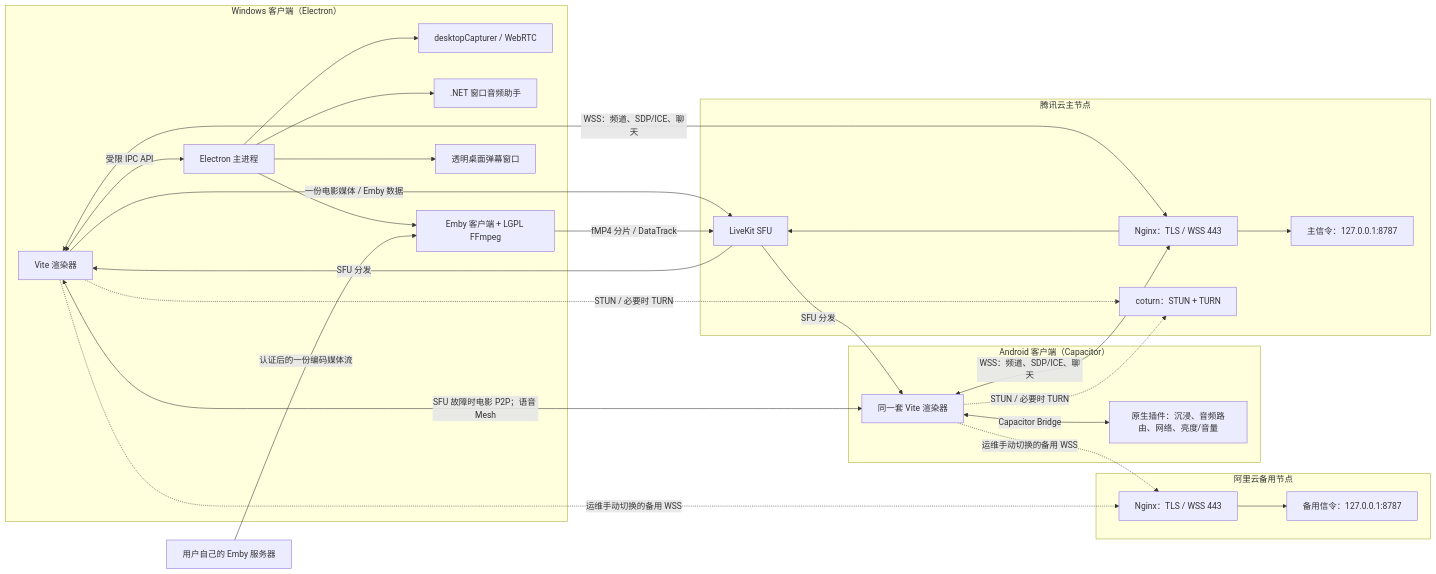
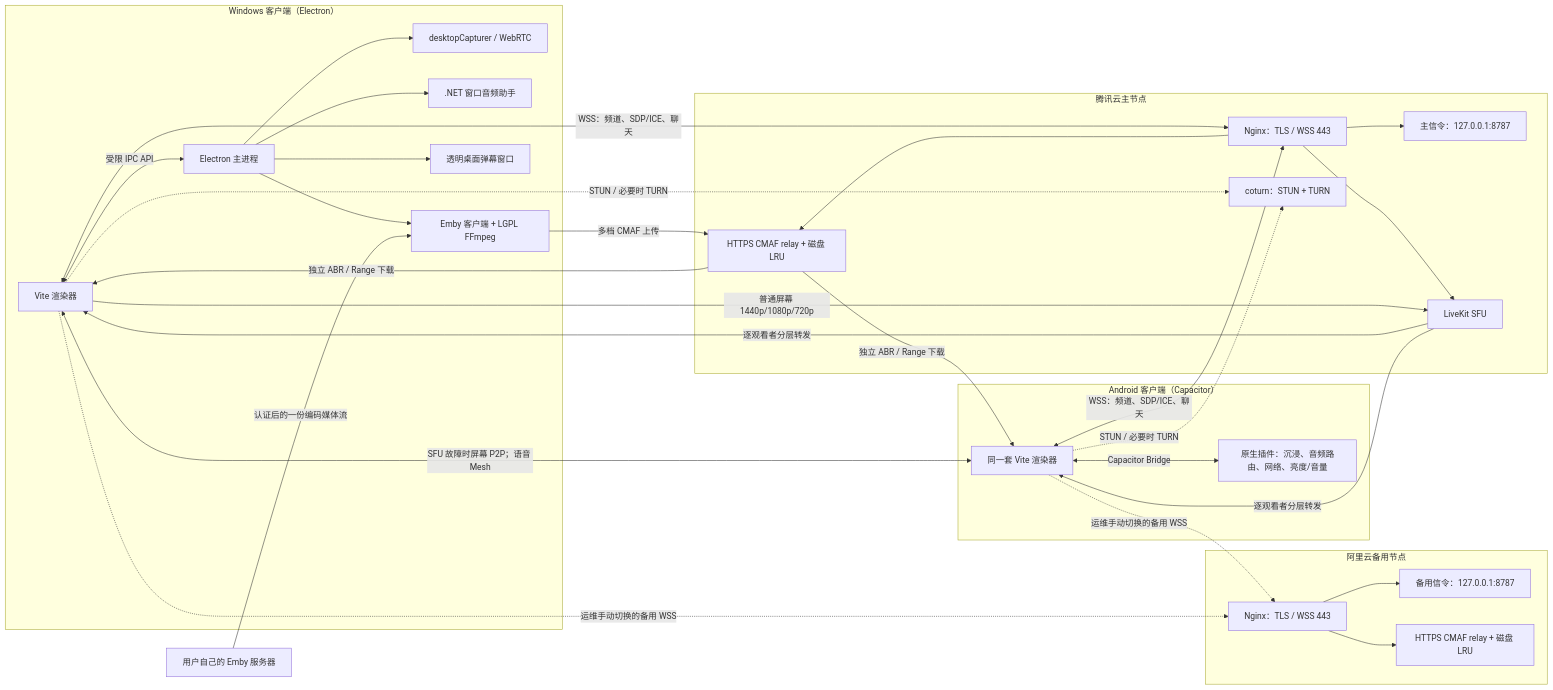
One commit to Foxgh127/Synced changed the diagram in PROJECT_GUIDE.md. Above: the diagram before and after it, drawn with Mermaid. The commit also changed other lines of this file and 49 other files, not shown here.

Commit message:
Implement resilient SFU and CMAF media delivery

````diff
--- a/PROJECT_GUIDE.md
+++ b/PROJECT_GUIDE.md
@@ -48,52 +50,58 @@
 ```mermaid
 flowchart LR
     subgraph Windows["Windows 客户端（Electron）"]
         WR["Vite 渲染器"]
         EP["Electron 主进程"]
         DC["desktopCapturer / WebRTC"]
         AH[".NET 窗口音频助手"]
         EF["Emby 客户端 + LGPL FFmpeg"]
         DO["透明桌面弹幕窗口"]
         WR <-->|"受限 IPC API"| EP
         EP --> DC
         EP --> AH
         EP --> EF
         EP --> DO
     end
 
     ES["用户自己的 Emby 服务器"]
     ES -->|"认证后的一份编码媒体流"| EF
 
     subgraph Android["Android 客户端（Capacitor）"]
         AR["同一套 Vite 渲染器"]
         AP["原生插件：沉浸、音频路由、网络、亮度/音量"]
         AR <-->|"Capacitor Bridge"| AP
     end
 
     subgraph Tencent["腾讯云主节点"]
         NG["Nginx：TLS / WSS 443"]
         SS["主信令：127.0.0.1:8787"]
         LK["LiveKit SFU"]
+        SR["HTTPS CMAF relay + 磁盘 LRU"]
         ST["coturn：STUN + TURN"]
         NG --> SS
         NG --> LK
+        NG --> SR
     end
 
     subgraph Aliyun["阿里云备用节点"]
         ANG["Nginx：TLS / WSS 443"]
         ASS["备用信令：127.0.0.1:8787"]
+        ASR["HTTPS CMAF relay + 磁盘 LRU"]
         ANG --> ASS
+        ANG --> ASR
     end
 
     WR <-->|"WSS：频道、SDP/ICE、聊天"| NG
     AR <-->|"WSS：频道、SDP/ICE、聊天"| NG
     WR -.->|"运维手动切换的备用 WSS"| ANG
     AR -.->|"运维手动切换的备用 WSS"| ANG
-    WR -->|"一份电影媒体 / Emby 数据"| LK
-    LK -->|"SFU 分发"| WR
-    LK -->|"SFU 分发"| AR
+    WR -->|"普通屏幕 1440p/1080p/720p"| LK
+    LK -->|"逐观看者分层转发"| WR
+    LK -->|"逐观看者分层转发"| AR
     WR -.->|"STUN / 必要时 TURN"| ST
     AR -.->|"STUN / 必要时 TURN"| ST
-    WR <-->|"SFU 故障时电影 P2P；语音 Mesh"| AR
-    EF -->|"fMP4 分片 / DataTrack"| LK
+    WR <-->|"SFU 故障时屏幕 P2P；语音 Mesh"| AR
+    EF -->|"多档 CMAF 上传"| SR
+    SR -->|"独立 ABR / Range 下载"| WR
+    SR -->|"独立 ABR / Range 下载"| AR
 ```
````
